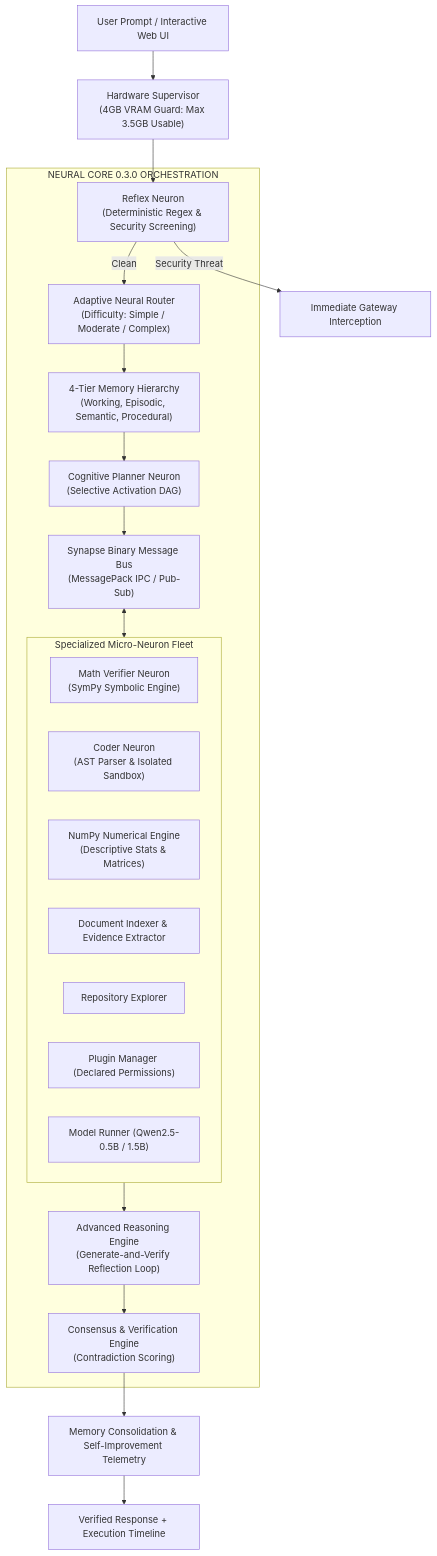
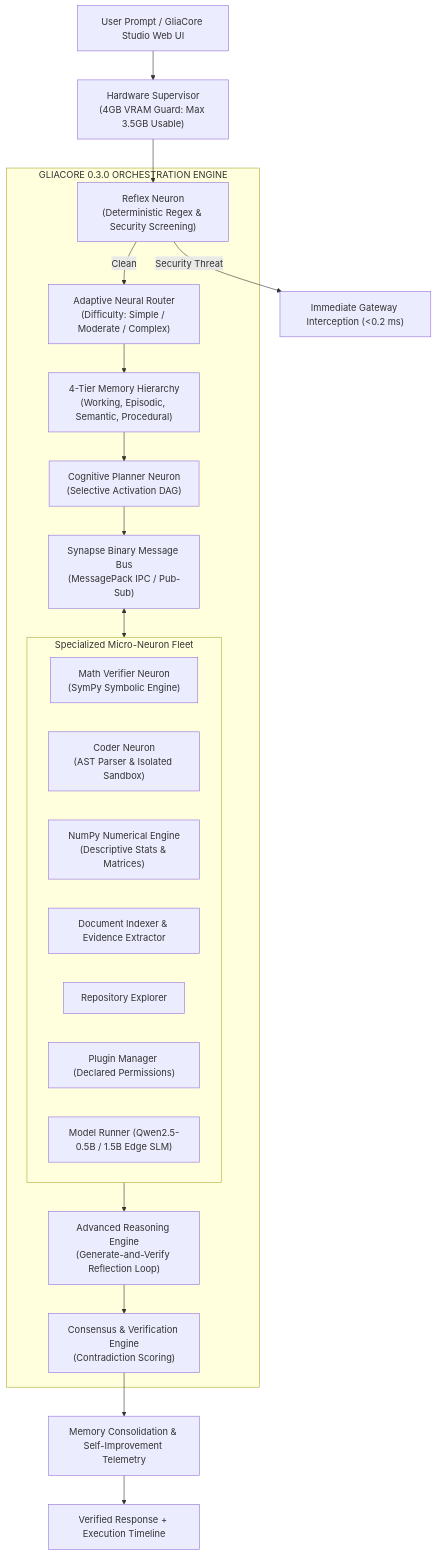
The diagram in README.md (shenald-dev/gliacore), drawn with Mermaid before and after one commit. The commit also changed other lines of this file and 53 other files, not shown here.

````diff
--- a/README.md
+++ b/README.md
@@ -20,31 +24,31 @@
 ```mermaid
 graph TD
-    User["User Prompt / Interactive Web UI"] --> Super["Hardware Supervisor\n(4GB VRAM Guard: Max 3.5GB Usable)"]
+    User["User Prompt / GliaCore Studio Web UI"] --> Super["Hardware Supervisor\n(4GB VRAM Guard: Max 3.5GB Usable)"]
     Super --> Reflex["Reflex Neuron\n(Deterministic Regex & Security Screening)"]
     
-    subgraph Core ["NEURAL CORE 0.3.0 ORCHESTRATION"]
+    subgraph GliaOrchestration ["GLIACORE 0.3.0 ORCHESTRATION ENGINE"]
         Reflex -->|Clean| Router["Adaptive Neural Router\n(Difficulty: Simple / Moderate / Complex)"]
         Router --> MemHier["4-Tier Memory Hierarchy\n(Working, Episodic, Semantic, Procedural)"]
         
         MemHier --> Planner["Cognitive Planner Neuron\n(Selective Activation DAG)"]
         Planner --> SynapseBus["Synapse Binary Message Bus\n(MessagePack IPC / Pub-Sub)"]
         
         subgraph NeuronFleet ["Specialized Micro-Neuron Fleet"]
             MathN["Math Verifier Neuron\n(SymPy Symbolic Engine)"]
             CoderN["Coder Neuron\n(AST Parser & Isolated Sandbox)"]
             NumPyN["NumPy Numerical Engine\n(Descriptive Stats & Matrices)"]
             DocIdx["Document Indexer & Evidence Extractor"]
             RepoEx["Repository Explorer"]
             Plugins["Plugin Manager (Declared Permissions)"]
-            ModelRunner["Model Runner (Qwen2.5-0.5B / 1.5B)"]
+            ModelRunner["Model Runner (Qwen2.5-0.5B / 1.5B Edge SLM)"]
         end
         
         SynapseBus <--> NeuronFleet
         NeuronFleet --> ReasonEngine["Advanced Reasoning Engine\n(Generate-and-Verify Reflection Loop)"]
         ReasonEngine --> Verifier["Consensus & Verification Engine\n(Contradiction Scoring)"]
     end
     
-    Reflex -->|Security Threat| Blocked["Immediate Gateway Interception"]
+    Reflex -->|Security Threat| Blocked["Immediate Gateway Interception (<0.2 ms)"]
     Verifier --> Consolidate["Memory Consolidation & Self-Improvement Telemetry"]
     Consolidate --> FinalResponse["Verified Response + Execution Timeline"]
 ```
````
